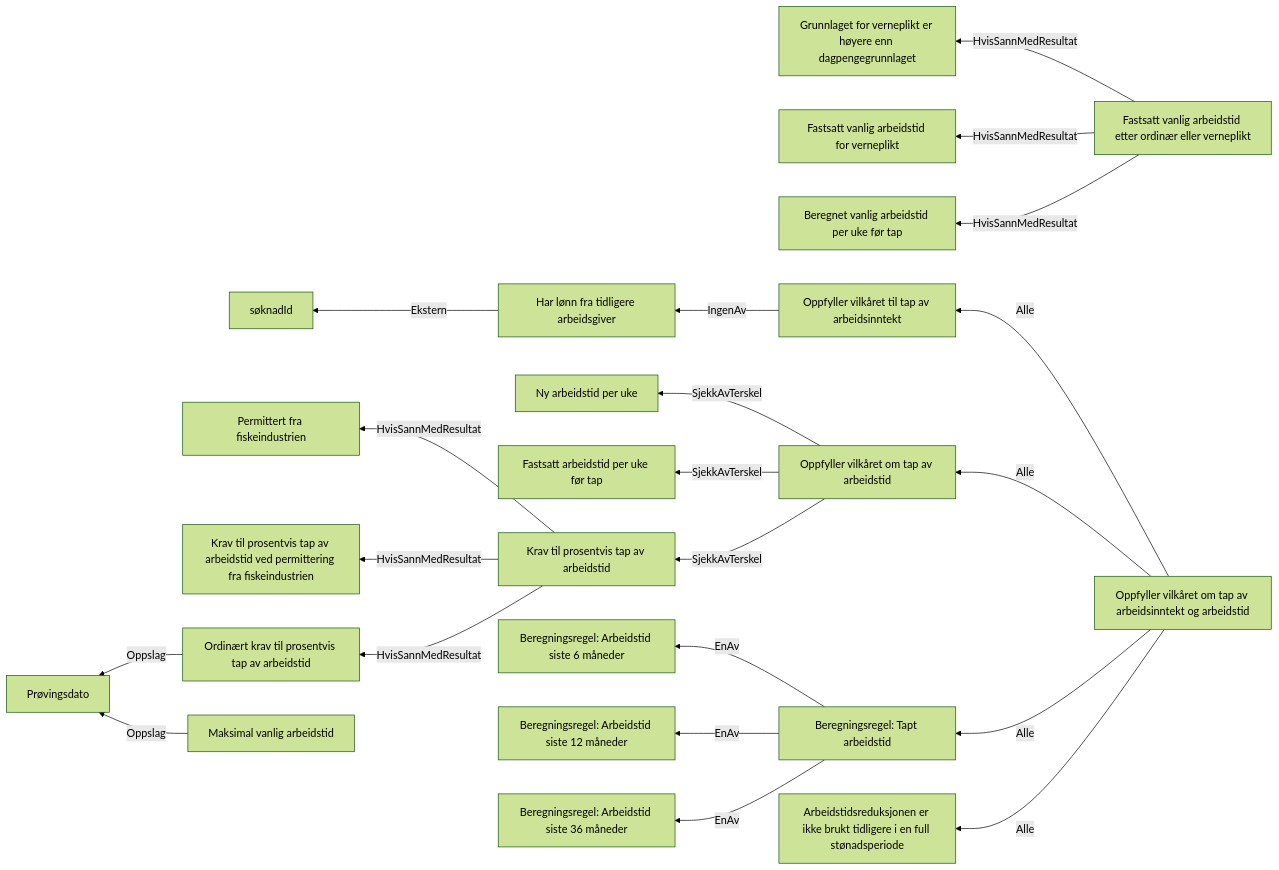
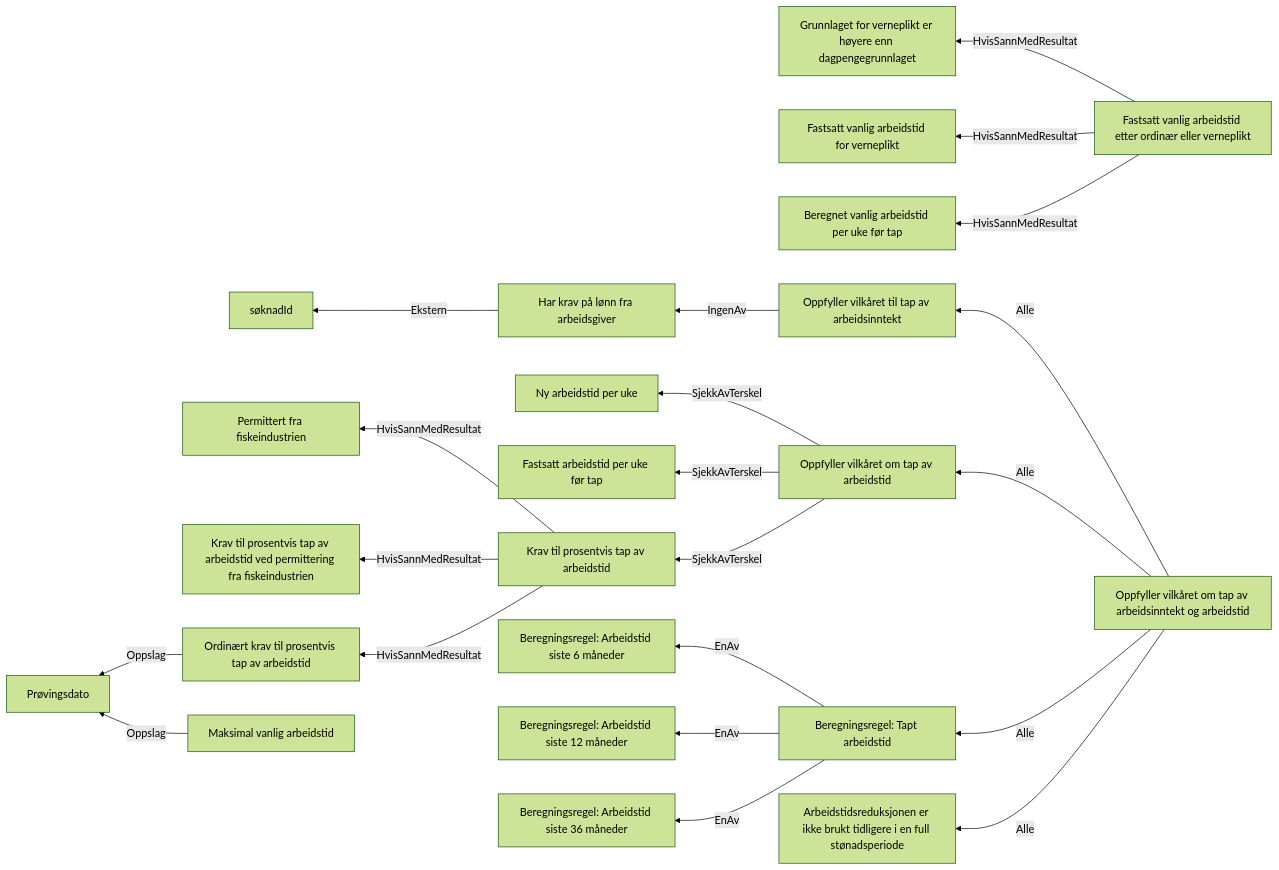
One commit to navikt/dp-behandling changed the diagram in docs/regler/§ 4-3. Tap av arbeidsinntekt og arbeidstid.approved.md. Above: the diagram before and after it, drawn with Mermaid (forest theme). The commit also changed 40 other files, not shown here.

````diff
--- a/docs/regler/§ 4-3. Tap av arbeidsinntekt og arbeidstid.approved.md
+++ b/docs/regler/§ 4-3. Tap av arbeidsinntekt og arbeidstid.approved.md
@@ -5,23 +5,23 @@
 ```mermaid
 graph RL
-  A["Har lønn fra tidligere arbeidsgiver"] -->|"Ekstern"| B["søknadId"]
-  C["Oppfyller vilkåret til tap av arbeidsinntekt"] -->|"IngenAv"| A["Har lønn fra tidligere arbeidsgiver"]
+  A["Har krav på lønn fra arbeidsgiver"] -->|"Ekstern"| B["søknadId"]
+  C["Oppfyller vilkåret til tap av arbeidsinntekt"] -->|"IngenAv"| A["Har krav på lønn fra arbeidsgiver"]
   D["Ordinært krav til prosentvis tap av arbeidstid"] -->|"Oppslag"| E["Prøvingsdato"]
   F["Krav til prosentvis tap av arbeidstid"] -->|"HvisSannMedResultat"| G["Permittert fra fiskeindustrien"]
   F["Krav til prosentvis tap av arbeidstid"] -->|"HvisSannMedResultat"| H["Krav til prosentvis tap av arbeidstid ved permittering fra fiskeindustrien"]
   F["Krav til prosentvis tap av arbeidstid"] -->|"HvisSannMedResultat"| D["Ordinært krav til prosentvis tap av arbeidstid"]
   I["Fastsatt vanlig arbeidstid etter ordinær eller verneplikt"] -->|"HvisSannMedResultat"| J["Grunnlaget for verneplikt er høyere enn dagpengegrunnlaget"]
   I["Fastsatt vanlig arbeidstid etter ordinær eller verneplikt"] -->|"HvisSannMedResultat"| K["Fastsatt vanlig arbeidstid for verneplikt"]
   I["Fastsatt vanlig arbeidstid etter ordinær eller verneplikt"] -->|"HvisSannMedResultat"| L["Beregnet vanlig arbeidstid per uke før tap"]
   M["Maksimal vanlig arbeidstid"] -->|"Oppslag"| E["Prøvingsdato"]
   N["Oppfyller vilkåret om tap av arbeidstid"] -->|"SjekkAvTerskel"| O["Ny arbeidstid per uke"]
   N["Oppfyller vilkåret om tap av arbeidstid"] -->|"SjekkAvTerskel"| P["Fastsatt arbeidstid per uke før tap"]
   N["Oppfyller vilkåret om tap av arbeidstid"] -->|"SjekkAvTerskel"| F["Krav til prosentvis tap av arbeidstid"]
   Q["Beregningsregel: Tapt arbeidstid"] -->|"EnAv"| R["Beregningsregel: Arbeidstid siste 6 måneder"]
   Q["Beregningsregel: Tapt arbeidstid"] -->|"EnAv"| S["Beregningsregel: Arbeidstid siste 12 måneder"]
   Q["Beregningsregel: Tapt arbeidstid"] -->|"EnAv"| T["Beregningsregel: Arbeidstid siste 36 måneder"]
   U["Oppfyller vilkåret om tap av arbeidsinntekt og arbeidstid"] -->|"Alle"| C["Oppfyller vilkåret til tap av arbeidsinntekt"]
   U["Oppfyller vilkåret om tap av arbeidsinntekt og arbeidstid"] -->|"Alle"| N["Oppfyller vilkåret om tap av arbeidstid"]
   U["Oppfyller vilkåret om tap av arbeidsinntekt og arbeidstid"] -->|"Alle"| Q["Beregningsregel: Tapt arbeidstid"]
   U["Oppfyller vilkåret om tap av arbeidsinntekt og arbeidstid"] -->|"Alle"| V["Arbeidstidsreduksjonen er ikke brukt tidligere i en full stønadsperiode"]
 ```
````
